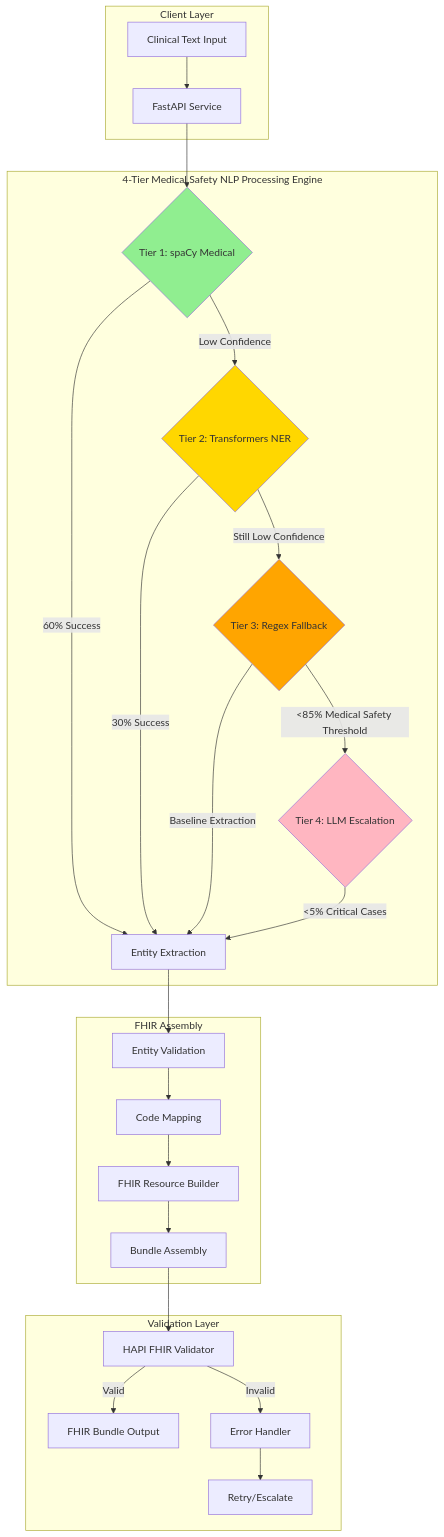
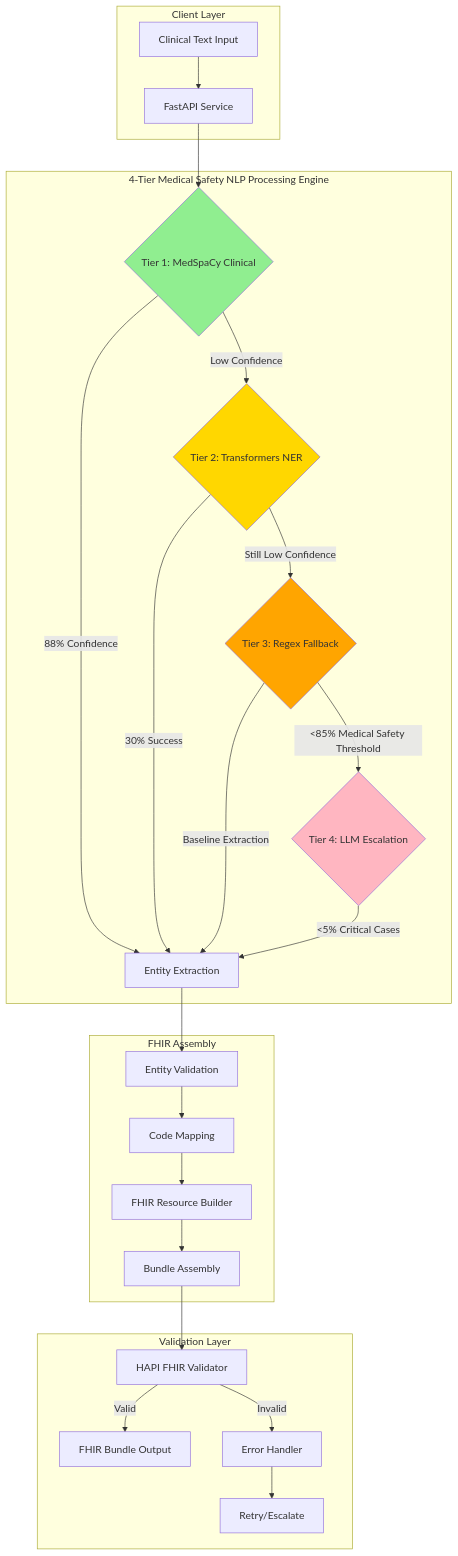
The first of 5 diagrams in README.md (jc7k/nl-fhir), drawn with Mermaid before and after one commit. The commit also changed other lines of this file, not shown here.

````diff
--- a/README.md
+++ b/README.md
@@ -60,36 +291,36 @@
 ```mermaid
 graph TB
     subgraph "Client Layer"
         A[Clinical Text Input] --> B[FastAPI Service]
     end
     
     subgraph "4-Tier Medical Safety NLP Processing Engine"
-        B --> C{Tier 1: spaCy Medical}
-        C -->|60% Success| D[Entity Extraction]
+        B --> C{Tier 1: MedSpaCy Clinical}
+        C -->|88% Confidence| D[Entity Extraction]
         C -->|Low Confidence| E{Tier 2: Transformers NER}
         E -->|30% Success| D
         E -->|Still Low Confidence| F{Tier 3: Regex Fallback}
         F -->|Baseline Extraction| D
         F -->|<85% Medical Safety Threshold| G{Tier 4: LLM Escalation}
         G -->|<5% Critical Cases| D
     end
     
     subgraph "FHIR Assembly"
         D --> H[Entity Validation]
         H --> I[Code Mapping]
         I --> J[FHIR Resource Builder]
         J --> K[Bundle Assembly]
     end
     
     subgraph "Validation Layer"
         K --> L[HAPI FHIR Validator]
         L -->|Valid| M[FHIR Bundle Output]
         L -->|Invalid| N[Error Handler]
         N --> O[Retry/Escalate]
     end
     
     style C fill:#90EE90
     style E fill:#FFD700
     style F fill:#FFA500
     style G fill:#FFB6C1
 ```
````
